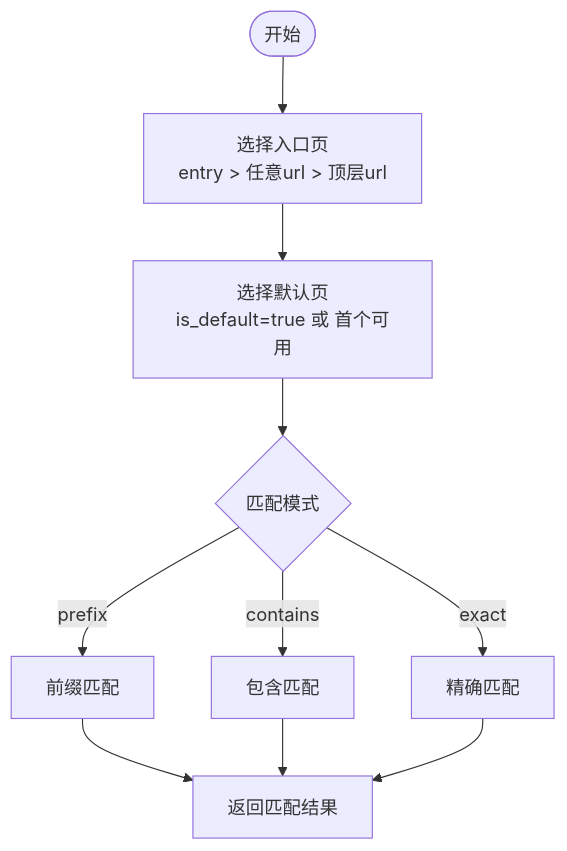
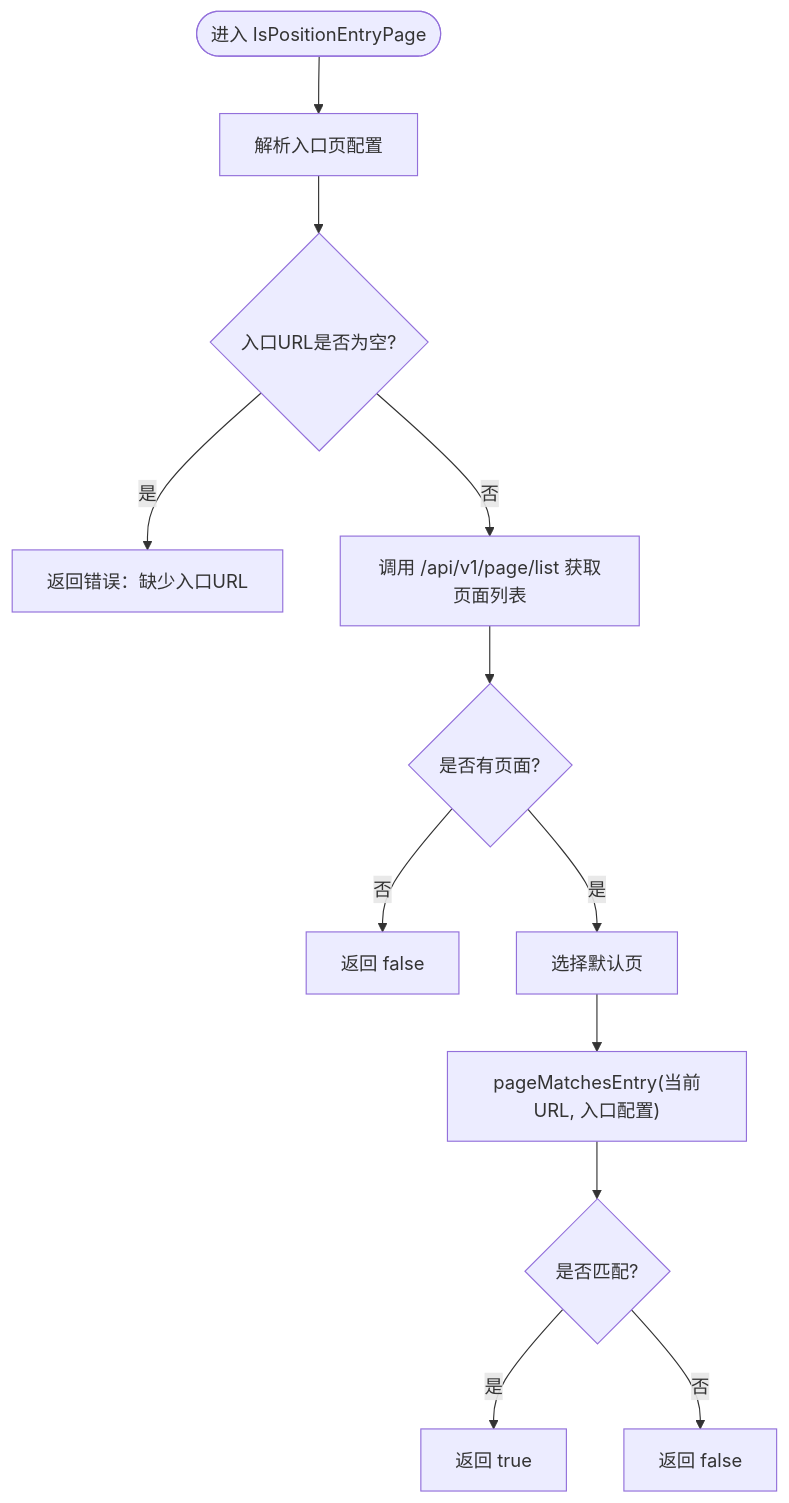
Before and after one commit to alvinwangzi/goodhr: the third of 6 diagrams in .qoder/repowiki/zh/content/本地执行器/平台适配器/智联招聘适配器/页面导航.md, drawn with Mermaid. The commit also changed other lines of this file and 149 other files, not shown here.

````diff
--- a/.qoder/repowiki/zh/content/本地执行器/平台适配器/智联招聘适配器/页面导航.md
+++ b/.qoder/repowiki/zh/content/本地执行器/平台适配器/智联招聘适配器/页面导航.md
@@ -130,12 +146,14 @@
 ```mermaid
 flowchart TD
-Start(["开始"]) --> Entry["选择入口页<br/>entry > 任意url > 顶层url"]
-Entry --> Default["选择默认页<br/>is_default=true 或 首个可用"]
-Default --> Match{"匹配模式"}
-Match --> |prefix| Prefix["前缀匹配"]
-Match --> |contains| Contains["包含匹配"]
-Match --> |exact| Exact["精确匹配"]
-Prefix --> Result["返回匹配结果"]
-Contains --> Result
-Exact --> Result
+Start(["进入 IsPositionEntryPage"]) --> GetCfg["解析入口页配置"]
+GetCfg --> CheckEmpty{"入口URL是否为空?"}
+CheckEmpty --> |是| Err["返回错误：缺少入口URL"]
+CheckEmpty --> |否| ListPages["调用 /api/v1/page/list 获取页面列表"]
+ListPages --> HasPages{"是否有页面?"}
+HasPages --> |否| No["返回 false"]
+HasPages --> |是| DefaultPage["选择默认页"]
+DefaultPage --> Match["pageMatchesEntry(当前URL, 入口配置)"]
+Match --> Result{"是否匹配?"}
+Result --> |是| True["返回 true"]
+Result --> |否| False["返回 false"]
 ```
````
